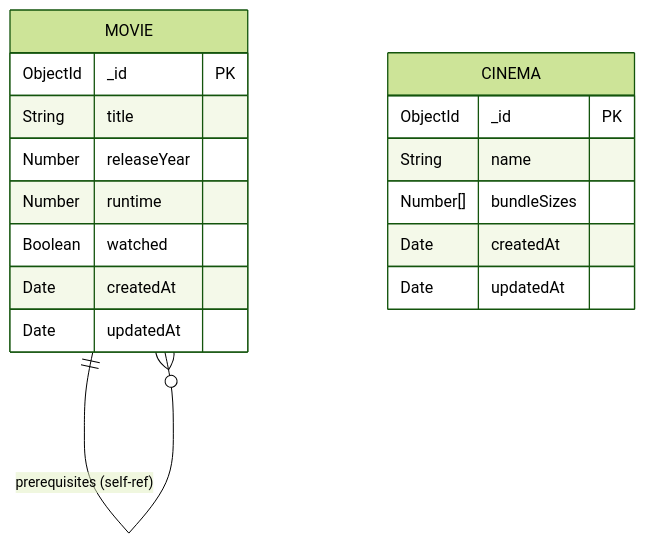
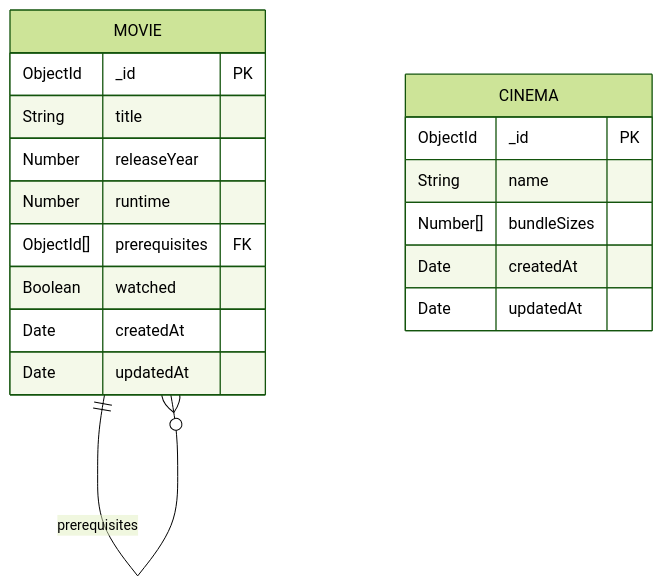
Before and after one commit to Mahabubislam50725/Doomsday-Ready: the diagram in README.md, drawn with Mermaid (forest theme). The commit also changed other lines of this file, not shown here.

Commit message:
docs: update ER diagram with prerequisites field and self-ref relationship

````diff
--- a/README.md
+++ b/README.md
@@ -85,22 +85,23 @@
 ```mermaid
 erDiagram
     MOVIE {
-        ObjectId _id PK
-        String   title
-        Number   releaseYear
-        Number   runtime
-        Boolean  watched
-        Date     createdAt
-        Date     updatedAt
+        ObjectId   _id          PK
+        String     title
+        Number     releaseYear
+        Number     runtime
+        ObjectId[] prerequisites FK
+        Boolean    watched
+        Date       createdAt
+        Date       updatedAt
     }
 
     CINEMA {
-        ObjectId  _id PK
+        ObjectId  _id         PK
         String    name
         Number[]  bundleSizes
         Date      createdAt
         Date      updatedAt
     }
 
-    MOVIE ||--o{ MOVIE : "prerequisites (self-ref)"
+    MOVIE ||--o{ MOVIE : "prerequisites"
 ```
````
